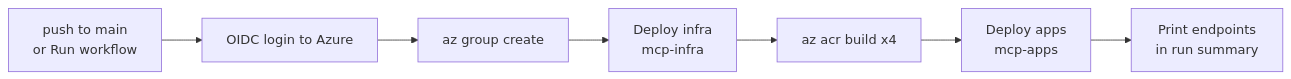
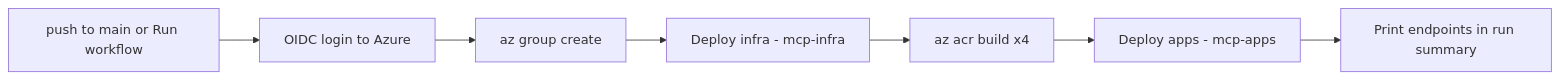
The third of 3 diagrams in README.md (mimuruth/AzLens), drawn with Mermaid before and after one commit. The commit also changed other lines of this file, not shown here.

Commit message:
docs: fix Mermaid diagrams that failed to render on GitHub

````diff
--- a/README.md
+++ b/README.md
@@ -118,9 +118,9 @@
 ```mermaid
 flowchart LR
-    A[push to main<br/>or Run workflow] --> B[OIDC login to Azure]
-    B --> C[az group create]
-    C --> D[Deploy infra<br/>mcp-infra]
-    D --> E[az acr build x4]
-    E --> F[Deploy apps<br/>mcp-apps]
-    F --> G[Print endpoints<br/>in run summary]
+    A["push to main or Run workflow"] --> B["OIDC login to Azure"]
+    B --> C["az group create"]
+    C --> D["Deploy infra - mcp-infra"]
+    D --> E["az acr build x4"]
+    E --> F["Deploy apps - mcp-apps"]
+    F --> G["Print endpoints in run summary"]
 ```
````
